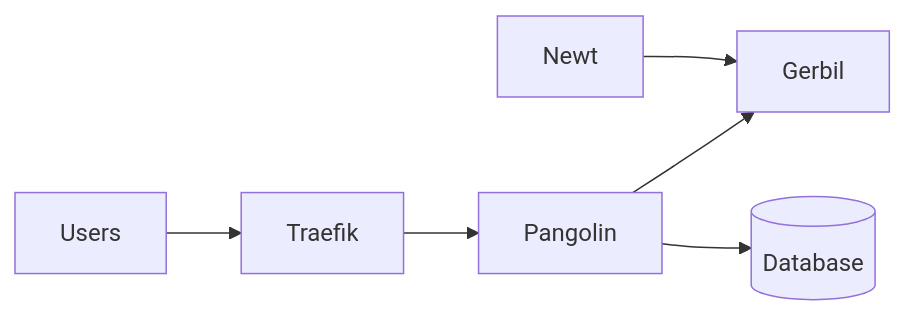
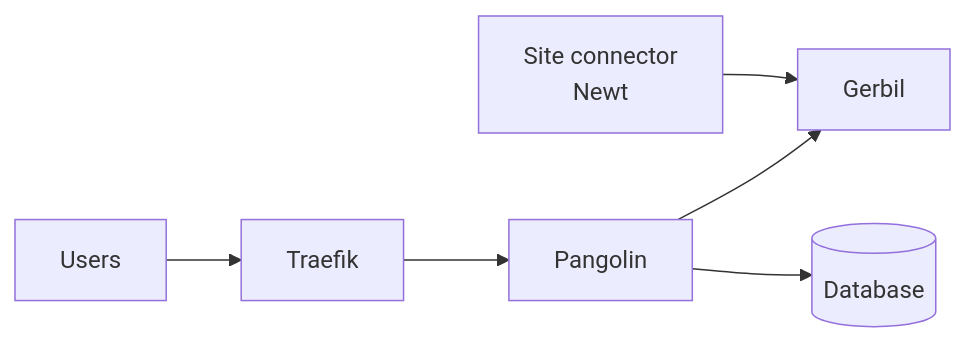
Before and after one commit to fosrl/docs-v2: the diagram in self-host/manual/kubernetes/overview.mdx, drawn with Mermaid. The commit also changed other lines of this file and 16 other files, not shown here.

````diff
--- a/self-host/manual/kubernetes/overview.mdx
+++ b/self-host/manual/kubernetes/overview.mdx
@@ -45,8 +25,8 @@
 ```mermaid
 flowchart LR
 	U[Users] --> T[Traefik]
 	T --> P[Pangolin]
 	P --> G[Gerbil]
-	N[Newt] --> G
+	S[Site connector<br/>Newt] --> G
 	P --> D[(Database)]
 ```
````
